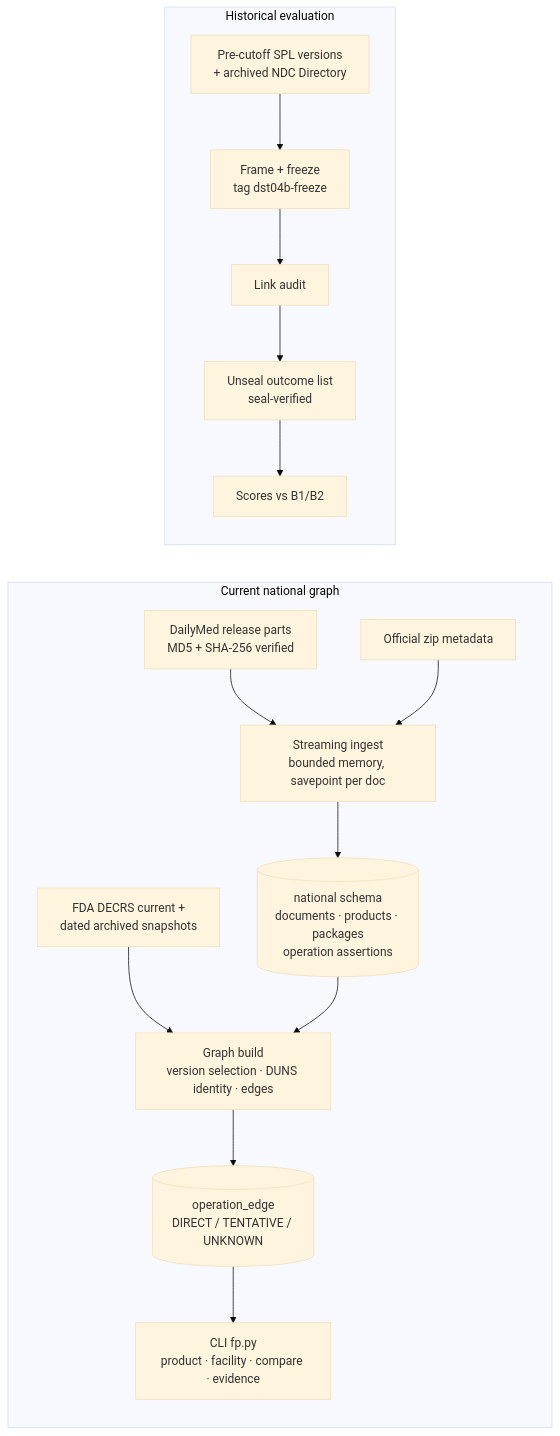
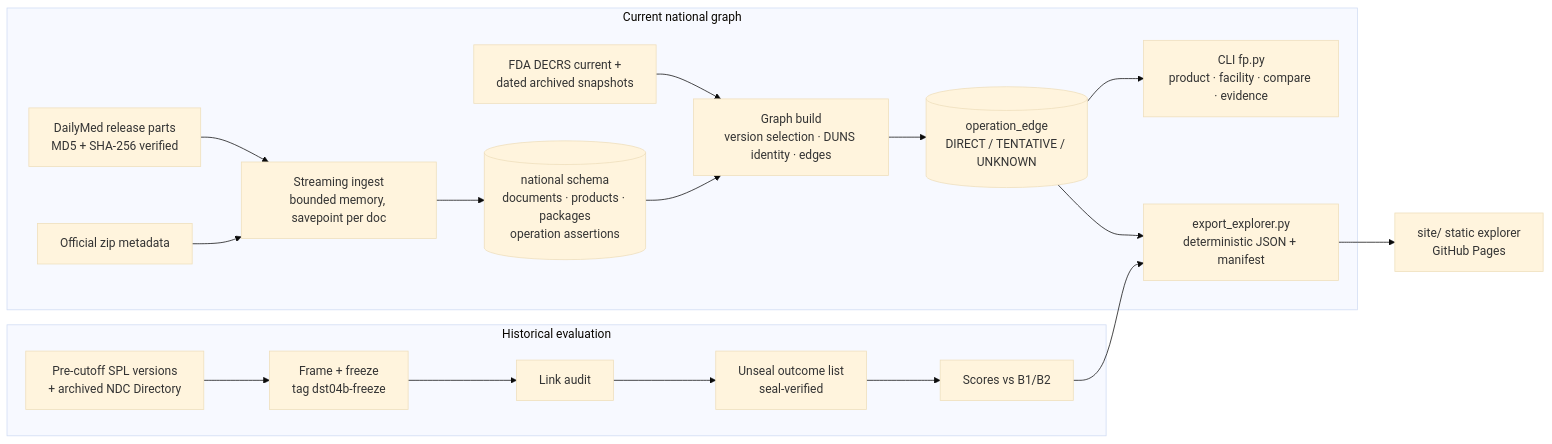
One commit to s2002kumar/fineprint changed the diagram in docs/ARCHITECTURE.md. Above: the diagram before and after it, drawn with Mermaid (base theme). The commit also changed other lines of this file and 130 other files, not shown here.

````diff
--- a/docs/ARCHITECTURE.md
+++ b/docs/ARCHITECTURE.md
@@ -12,18 +12,21 @@
 ```mermaid
 flowchart LR
   subgraph current[Current national graph]
     R[DailyMed release parts<br/>MD5 + SHA-256 verified] --> I[Streaming ingest<br/>bounded memory, savepoint per doc]
     MD[Official zip metadata] --> I
     I --> N[(national schema<br/>documents · products · packages<br/>operation assertions)]
     D[FDA DECRS current +<br/>dated archived snapshots] --> G
     N --> G[Graph build<br/>version selection · DUNS identity · edges]
     G --> E[(operation_edge<br/>DIRECT / TENTATIVE / UNKNOWN)]
     E --> C[CLI fp.py<br/>product · facility · compare · evidence]
+    E --> X[export_explorer.py<br/>deterministic JSON + manifest]
   end
   subgraph hist[Historical evaluation]
     H[Pre-cutoff SPL versions<br/>+ archived NDC Directory] --> F[Frame + freeze<br/>tag dst04b-freeze]
     F --> A[Link audit]
     A --> U[Unseal outcome list<br/>seal-verified]
     U --> S[Scores vs B1/B2]
   end
+  X --> W[site/ static explorer<br/>GitHub Pages]
+  S --> X
 ```
````
